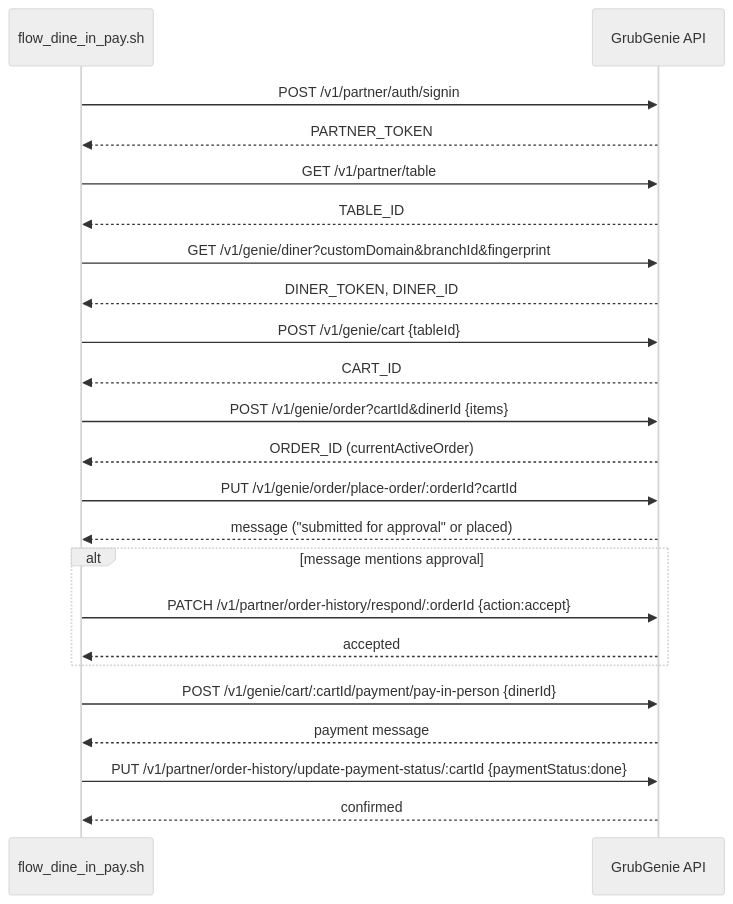
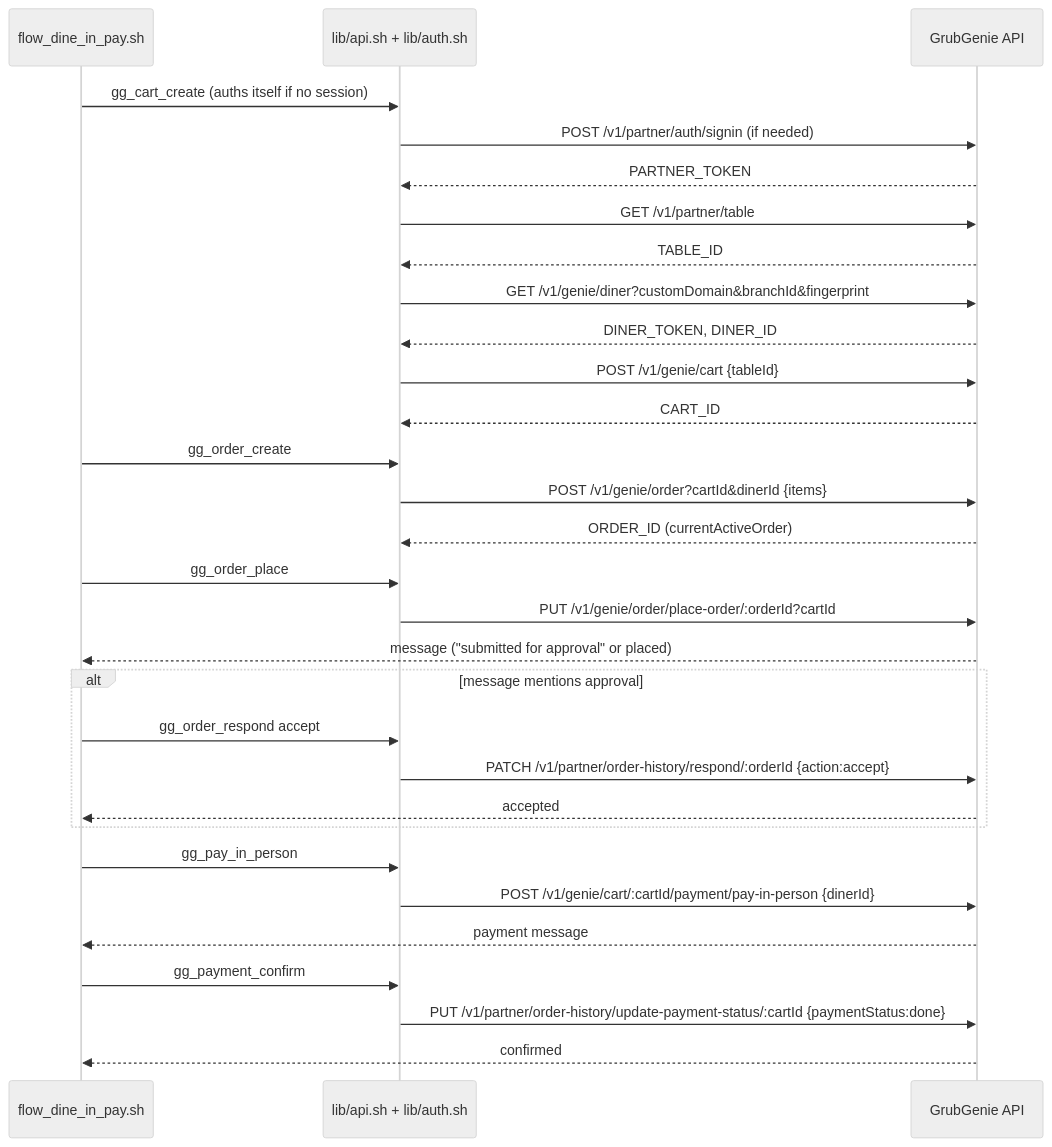
Before and after one commit to hencydsouza24/grubgenie_api_test: the diagram in brain/wiki/flows/dine-in-pay-e2e.md, drawn with Mermaid (neutral theme). The commit also changed other lines of this file and 75 other files, not shown here.

````diff
--- a/brain/wiki/flows/dine-in-pay-e2e.md
+++ b/brain/wiki/flows/dine-in-pay-e2e.md
@@ -19,25 +29,32 @@
 ```mermaid
 sequenceDiagram
     participant S as flow_dine_in_pay.sh
+    participant Lib as lib/api.sh + lib/auth.sh
     participant API as GrubGenie API
-    S->>API: POST /v1/partner/auth/signin
-    API-->>S: PARTNER_TOKEN
-    S->>API: GET /v1/partner/table
-    API-->>S: TABLE_ID
-    S->>API: GET /v1/genie/diner?customDomain&branchId&fingerprint
-    API-->>S: DINER_TOKEN, DINER_ID
-    S->>API: POST /v1/genie/cart {tableId}
-    API-->>S: CART_ID
-    S->>API: POST /v1/genie/order?cartId&dinerId {items}
-    API-->>S: ORDER_ID (currentActiveOrder)
-    S->>API: PUT /v1/genie/order/place-order/:orderId?cartId
+    S->>Lib: gg_cart_create (auths itself if no session)
+    Lib->>API: POST /v1/partner/auth/signin (if needed)
+    API-->>Lib: PARTNER_TOKEN
+    Lib->>API: GET /v1/partner/table
+    API-->>Lib: TABLE_ID
+    Lib->>API: GET /v1/genie/diner?customDomain&branchId&fingerprint
+    API-->>Lib: DINER_TOKEN, DINER_ID
+    Lib->>API: POST /v1/genie/cart {tableId}
+    API-->>Lib: CART_ID
+    S->>Lib: gg_order_create
+    Lib->>API: POST /v1/genie/order?cartId&dinerId {items}
+    API-->>Lib: ORDER_ID (currentActiveOrder)
+    S->>Lib: gg_order_place
+    Lib->>API: PUT /v1/genie/order/place-order/:orderId?cartId
     API-->>S: message ("submitted for approval" or placed)
     alt message mentions approval
-        S->>API: PATCH /v1/partner/order-history/respond/:orderId {action:accept}
+        S->>Lib: gg_order_respond accept
+        Lib->>API: PATCH /v1/partner/order-history/respond/:orderId {action:accept}
         API-->>S: accepted
     end
-    S->>API: POST /v1/genie/cart/:cartId/payment/pay-in-person {dinerId}
+    S->>Lib: gg_pay_in_person
+    Lib->>API: POST /v1/genie/cart/:cartId/payment/pay-in-person {dinerId}
     API-->>S: payment message
-    S->>API: PUT /v1/partner/order-history/update-payment-status/:cartId {paymentStatus:done}
+    S->>Lib: gg_payment_confirm
+    Lib->>API: PUT /v1/partner/order-history/update-payment-status/:cartId {paymentStatus:done}
     API-->>S: confirmed
 ```
````
